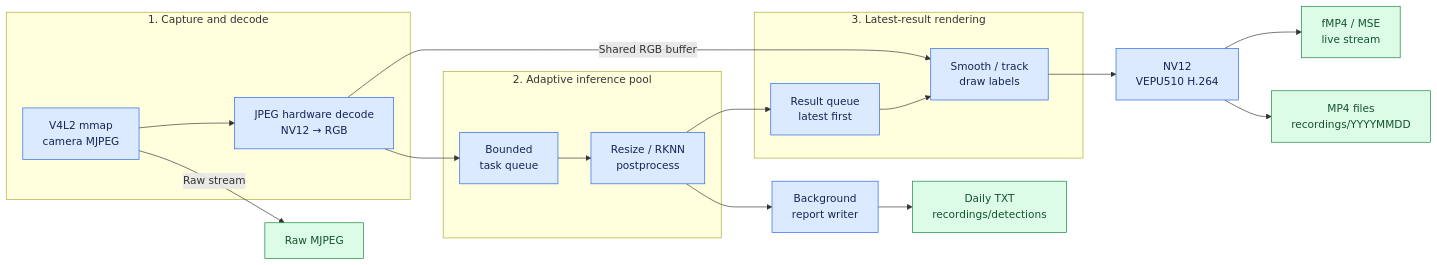
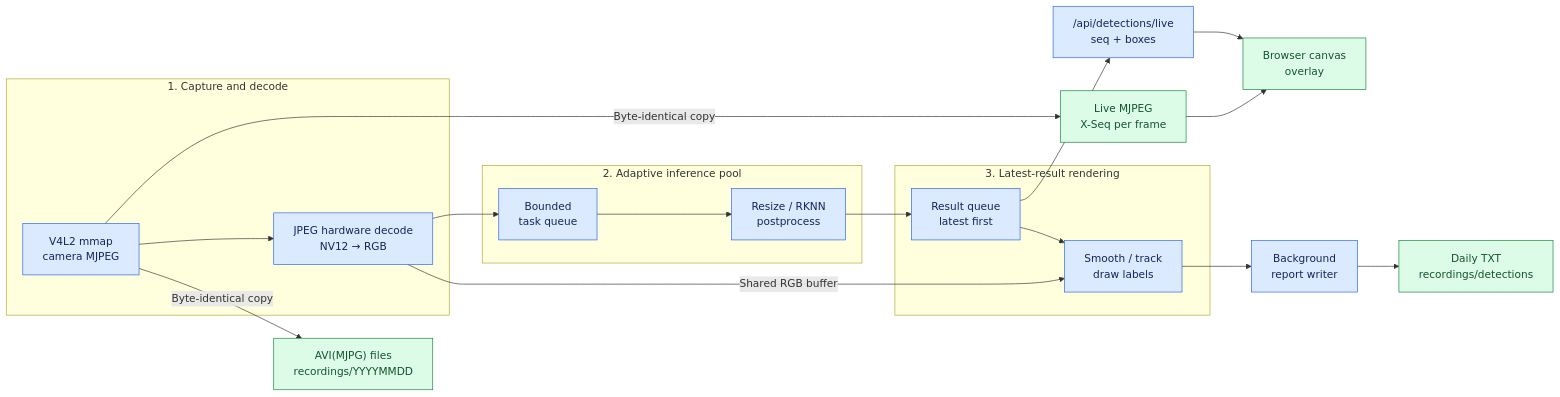
One commit to qianruo-orange/autonomous-driving-car changed the second of 7 diagrams in README.md. Above: the diagram before and after it, drawn with Mermaid. The commit also changed other lines of this file, not shown here.

Commit message:
Rewrite README for the lossless MJPEG pipeline

````diff
--- a/README.md
+++ b/README.md
@@ -38,25 +42,26 @@
 ```mermaid
 flowchart LR
     subgraph Input["1. Capture and decode"]
         Raw["V4L2 mmap<br/>camera MJPEG"] --> RGB["JPEG hardware decode<br/>NV12 → RGB"]
     end
     subgraph Inference["2. Adaptive inference pool"]
         Jobs["Bounded<br/>task queue"] --> NPU["Resize / RKNN<br/>postprocess"]
     end
     subgraph Render["3. Latest-result rendering"]
         Latest["Result queue<br/>latest first"] --> Composer["Smooth / track<br/>draw labels"]
     end
     RGB --> Jobs
     NPU --> Latest
     RGB -->|Shared RGB buffer| Composer
-    Composer --> Encoder["NV12<br/>VEPU510 H.264"]
-    Encoder --> Live["fMP4 / MSE<br/>live stream"]
-    Encoder --> MP4["MP4 files<br/>recordings/YYYYMMDD"]
-    Raw -->|Raw stream| MJPEG["Raw MJPEG"]
-    NPU --> Writer["Background<br/>report writer"]
+    Raw -->|Byte-identical copy| Live["Live MJPEG<br/>X-Seq per frame"]
+    Raw -->|Byte-identical copy| AVI["AVI(MJPG) files<br/>recordings/YYYYMMDD"]
+    Latest --> API["/api/detections/live<br/>seq + boxes"]
+    API --> Browser["Browser canvas<br/>overlay"]
+    Live --> Browser
+    Composer --> Writer["Background<br/>report writer"]
     Writer --> TXT["Daily TXT<br/>recordings/detections"]
     classDef process fill:#dbeafe,stroke:#2563eb,color:#172554
     classDef output fill:#dcfce7,stroke:#15803d,color:#14532d
-    class Raw,RGB,Jobs,NPU,Latest,Composer,Encoder,Writer process
-    class Live,MP4,MJPEG,TXT output
+    class Raw,RGB,Jobs,NPU,Latest,Composer,API,Writer process
+    class Live,AVI,Browser,TXT output
 ```
````
